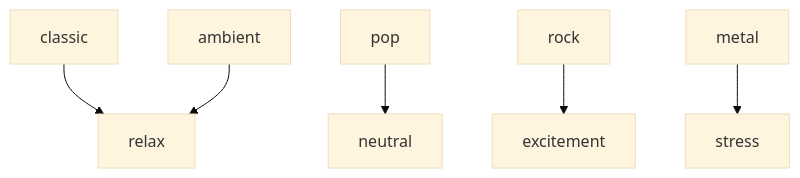
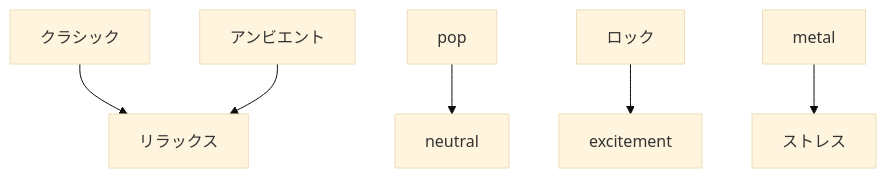
Before and after one commit to monumental-movement/monumental-movement.github.io: the second of 5 diagrams in en/_posts/2026-04-11-column-dog-cat-music.md, drawn with Mermaid (base theme). The commit also changed other lines of this file and 2196 other files, not shown here.

```diff
--- a/en/_posts/2026-04-11-column-dog-cat-music.md
+++ b/en/_posts/2026-04-11-column-dog-cat-music.md
@@ -154,8 +153,8 @@
 <div class="mermaid">
 graph TD
-A[classic] --> B[relax]
-C[ambient] --> B
+A[クラシック] --> B[リラックス]
+C[アンビエント] --> B
 D[pop] --> E[neutral]
-F[rock] --> G[excitement]
-H[metal] --> I[stress]
+F[ロック] --> G[excitement]
+H[metal] --> I[ストレス]
 </div>
```
